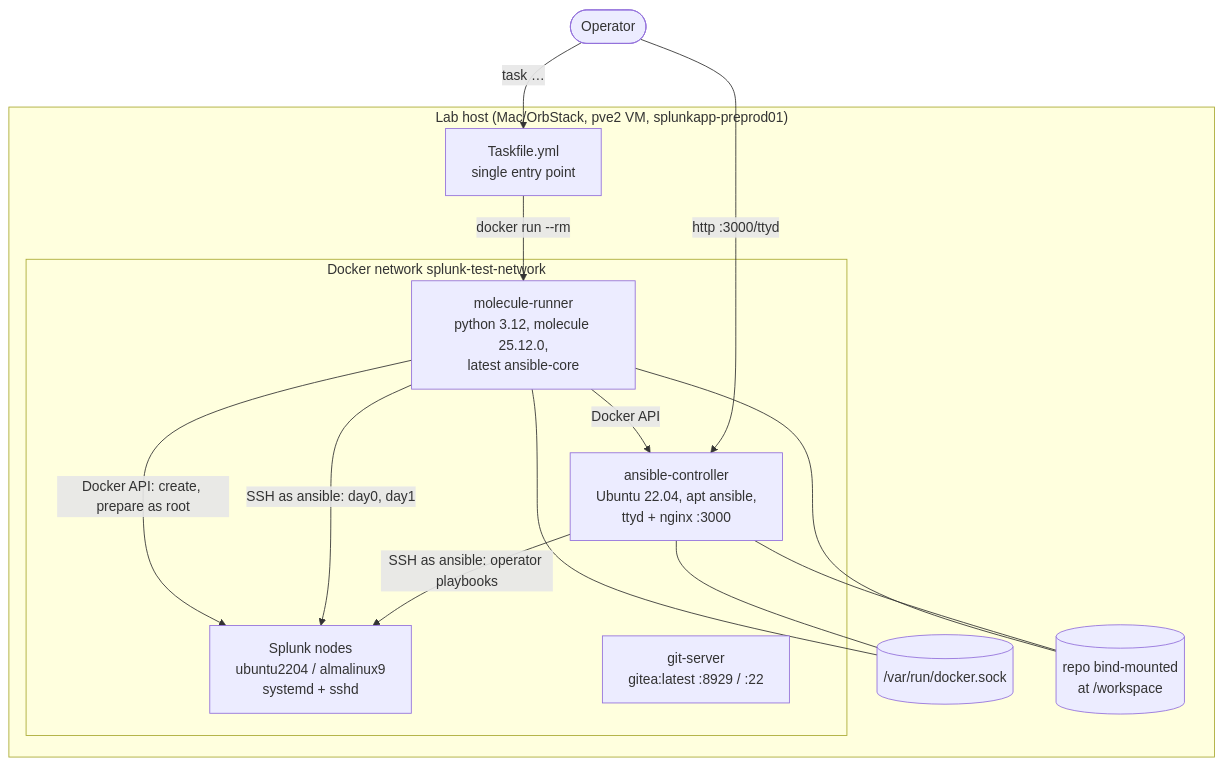
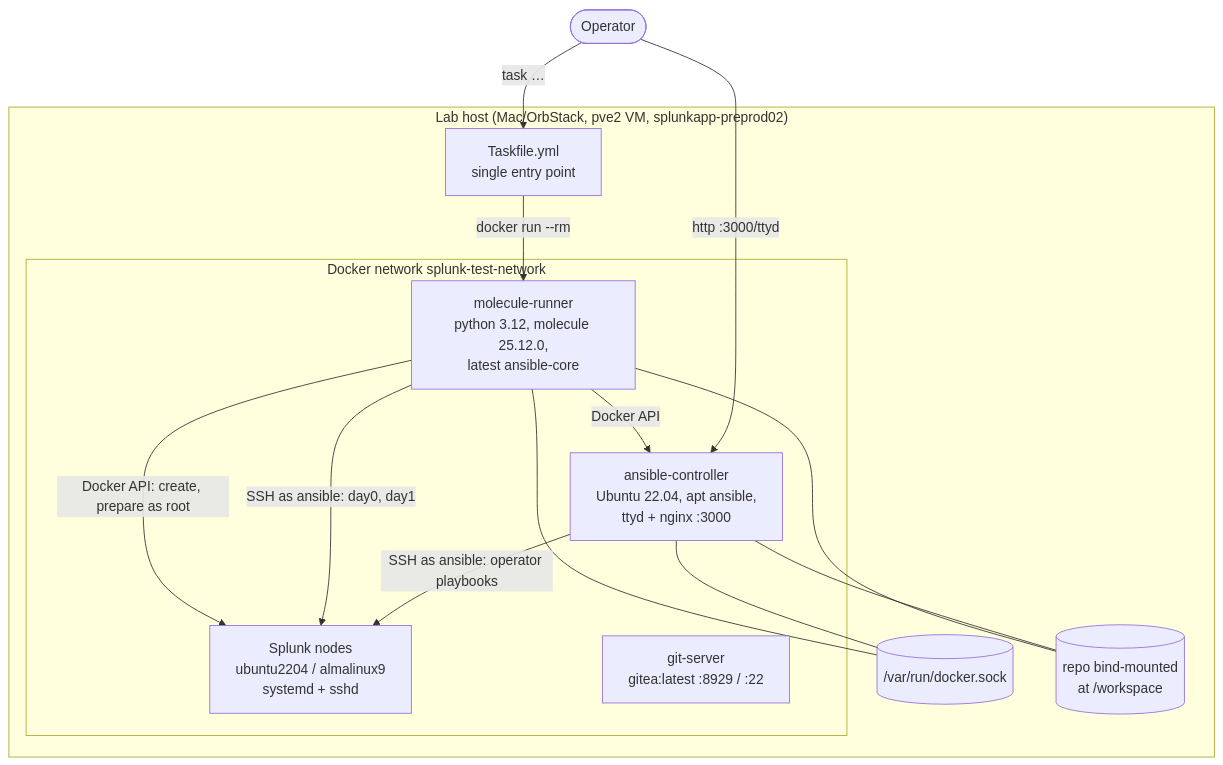
The first of 4 diagrams in docs/specs/05-molecule-virtual-lab/design.md (bayeslearner/ansible-role-for-splunk), drawn with Mermaid before and after one commit. The commit also changed other lines of this file and 6 other files, not shown here.

````diff
--- a/docs/specs/05-molecule-virtual-lab/design.md
+++ b/docs/specs/05-molecule-virtual-lab/design.md
@@ -17,25 +17,25 @@
 ```mermaid
 flowchart TB
-  subgraph host["Lab host (Mac/OrbStack, pve2 VM, splunkapp-preprod01)"]
+  subgraph host["Lab host (Mac/OrbStack, pve2 VM, splunkapp-preprod02)"]
     task["Taskfile.yml<br/>single entry point"]
     sock[("/var/run/docker.sock")]
     repo[("repo bind-mounted<br/>at /workspace")]
     task -->|docker run --rm| runner
     subgraph net["Docker network splunk-test-network"]
       runner["molecule-runner<br/>python 3.12, molecule 25.12.0,<br/>latest ansible-core"]
       ctrl["ansible-controller<br/>Ubuntu 22.04, apt ansible,<br/>ttyd + nginx :3000"]
       n1["Splunk nodes<br/>ubuntu2204 / almalinux9<br/>systemd + sshd"]
       git["git-server<br/>gitea:latest :8929 / :22"]
     end
     runner -->|Docker API: create, prepare as root| n1
     runner -->|Docker API| ctrl
     runner -->|SSH as ansible: day0, day1| n1
     ctrl -->|SSH as ansible: operator playbooks| n1
     runner --- sock
     ctrl --- sock
     runner --- repo
     ctrl --- repo
   end
   op(["Operator"]) -->|task …| task
   op -->|http :3000/ttyd| ctrl
 ```
````
